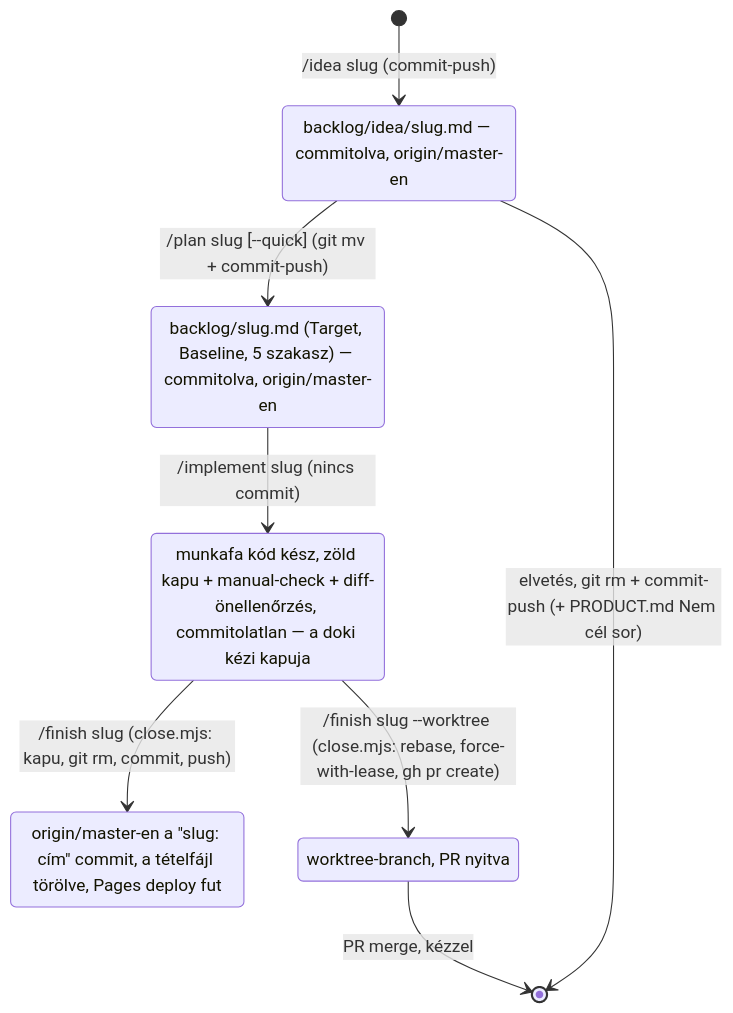
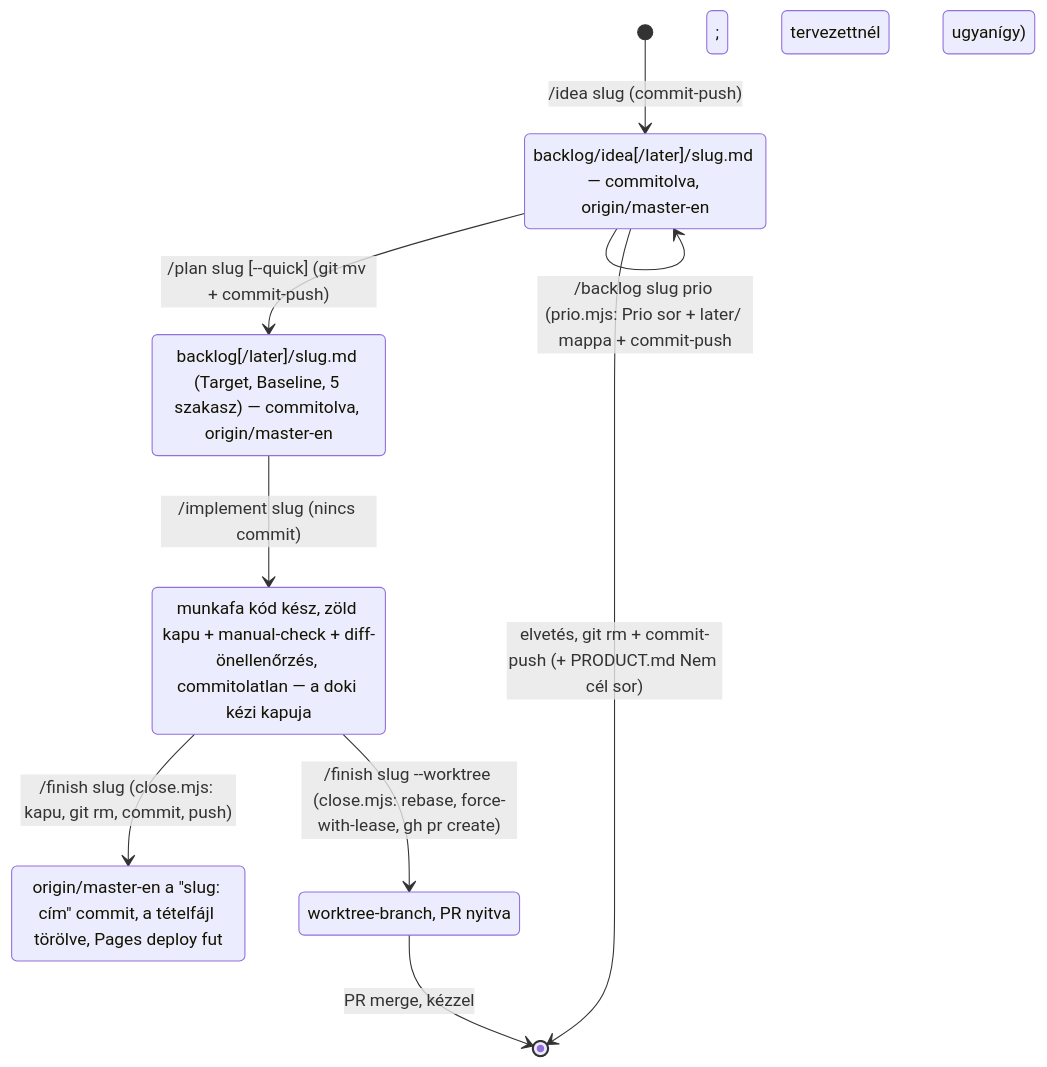
Before and after one commit to pkormoczi/dental-plan: the diagram in backlog/README.md, drawn with Mermaid. The commit also changed other lines of this file and 34 other files, not shown here.

First line of the commit message:
backlog: later/ almappa mindkét szinten, Prio doki+fejlesztő, later tételek átsorolva

````diff
--- a/backlog/README.md
+++ b/backlog/README.md
@@ -55,16 +59,17 @@
 ```mermaid
 stateDiagram-v2
-    Otlet: backlog/idea/slug.md — commitolva, origin/master-en
-    Tervezett: backlog/slug.md (Target, Baseline, 5 szakasz) — commitolva, origin/master-en
+    Otlet: backlog/idea[/later]/slug.md — commitolva, origin/master-en
+    Tervezett: backlog[/later]/slug.md (Target, Baseline, 5 szakasz) — commitolva, origin/master-en
     Kesz: munkafa kód kész, zöld kapu + manual-check + diff-önellenőrzés, commitolatlan — a doki kézi kapuja
     Lezart: origin/master-en a "slug: cím" commit, a tételfájl törölve, Pages deploy fut
     PR: worktree-branch, PR nyitva
 
     [*] --> Otlet: /idea slug (commit-push)
     Otlet --> Tervezett: /plan slug [--quick] (git mv + commit-push)
     Otlet --> [*]: elvetés, git rm + commit-push (+ PRODUCT.md Nem cél sor)
+    Otlet --> Otlet: /backlog slug prio (prio.mjs: Prio sor + later/ mappa + commit-push; tervezettnél ugyanígy)
     Tervezett --> Kesz: /implement slug (nincs commit)
     Kesz --> Lezart: /finish slug (close.mjs: kapu, git rm, commit, push)
     Kesz --> PR: /finish slug --worktree (close.mjs: rebase, force-with-lease, gh pr create)
     PR --> [*]: PR merge, kézzel
 ```
````
